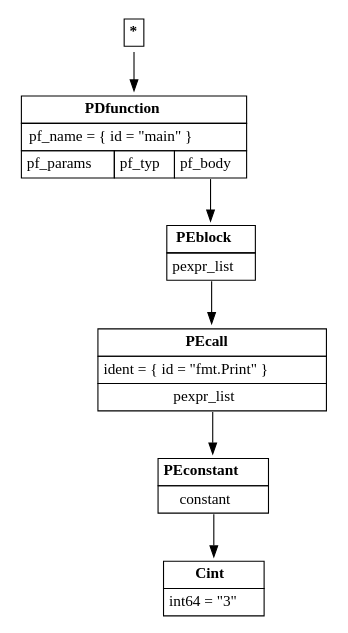
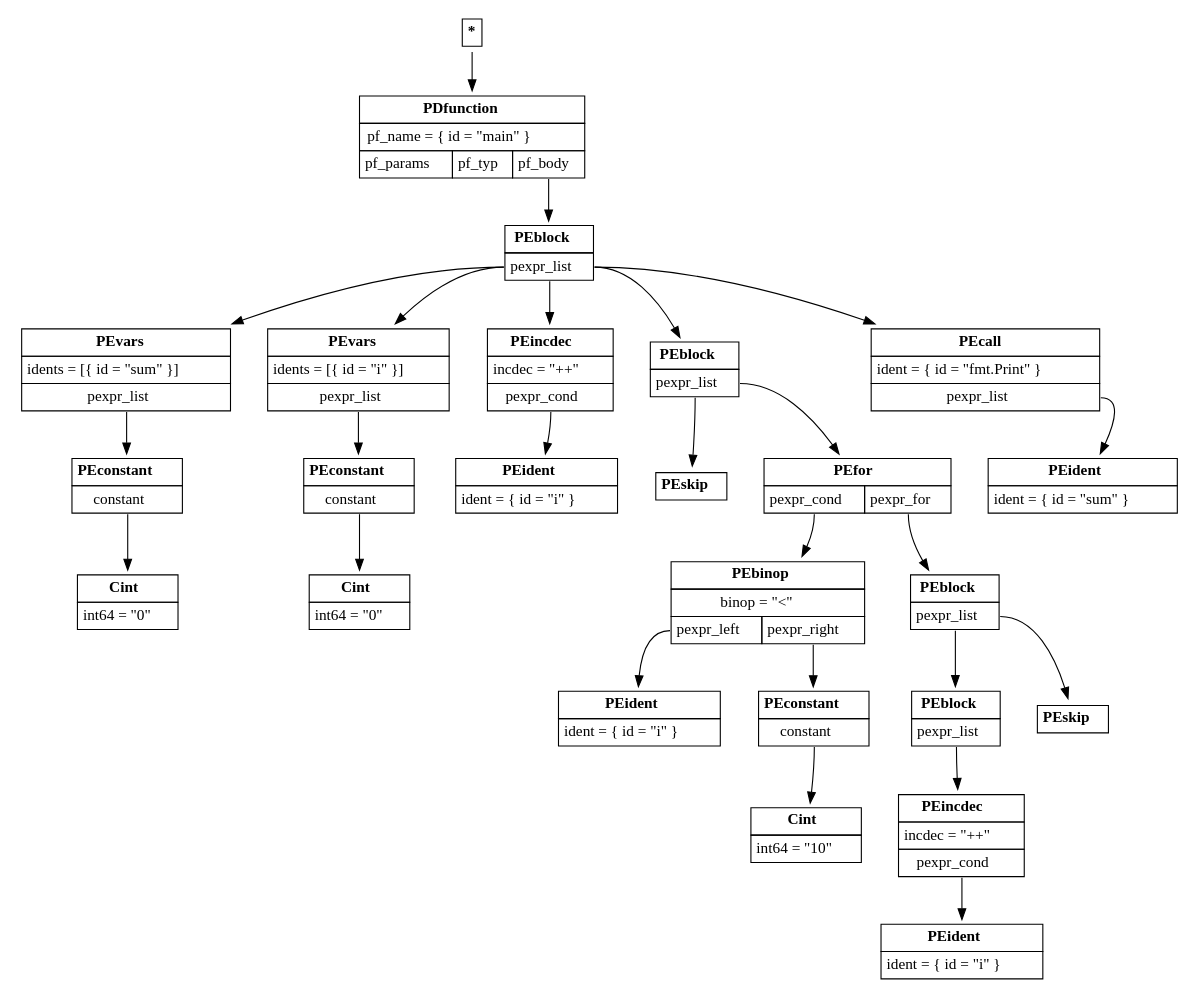
The diagram in source/_build/default/test_ast.dot (AirWann/PROGONE), drawn with Graphviz before and after one commit. The commit also changed 37 other files, not shown here.

```diff
--- a/source/_build/default/test_ast.dot
+++ b/source/_build/default/test_ast.dot
@@ -1,14 +1,52 @@
 digraph ast {
 node [shape=plaintext];
 root [label=<<table border='0' cellborder='1' cellspacing='0' cellpadding='4'><tr ><td colspan = '1'><b >*</b></td></tr></table>>]
 PDfunction_1 [label=<<table border='0' cellborder='1' cellspacing='0' cellpadding='4'><tr ><td colspan = '3'><b >PDfunction</b></td></tr><tr ><td colspan = '3'>pf_name = { id = "main" }</td></tr><tr ><td port='pf_params'>pf_params</td><td port='pf_typ'>pf_typ</td><td port='pf_body'>pf_body</td></tr></table>>]
 root -> PDfunction_1
 PEblock_2 [label=<<table border='0' cellborder='1' cellspacing='0' cellpadding='4'><tr ><td colspan = '1'><b >PEblock</b></td></tr><tr ><td port='pexpr_list'>pexpr_list</td></tr></table>>]
 PDfunction_1:pf_body -> PEblock_2
-PEcall_3 [label=<<table border='0' cellborder='1' cellspacing='0' cellpadding='4'><tr ><td colspan = '1'><b >PEcall</b></td></tr><tr ><td colspan = '1'>ident = { id = "fmt.Print" }</td></tr><tr ><td port='pexpr_list'>pexpr_list</td></tr></table>>]
-PEblock_2:pexpr_list -> PEcall_3
+PEvars_3 [label=<<table border='0' cellborder='1' cellspacing='0' cellpadding='4'><tr ><td colspan = '1'><b >PEvars</b></td></tr><tr ><td colspan = '1'>idents = [{ id = "sum" }]</td></tr><tr ><td port='pexpr_list'>pexpr_list</td></tr></table>>]
+PEblock_2:pexpr_list -> PEvars_3
 PEconstant_4 [label=<<table border='0' cellborder='1' cellspacing='0' cellpadding='4'><tr ><td colspan = '1'><b >PEconstant</b></td></tr><tr ><td port='constant'>constant</td></tr></table>>]
-PEcall_3:pexpr_list -> PEconstant_4
-Cint_5 [label=<<table border='0' cellborder='1' cellspacing='0' cellpadding='4'><tr ><td colspan = '1'><b >Cint</b></td></tr><tr ><td colspan = '1'>int64 = "3"</td></tr></table>>]
+PEvars_3:pexpr_list -> PEconstant_4
+Cint_5 [label=<<table border='0' cellborder='1' cellspacing='0' cellpadding='4'><tr ><td colspan = '1'><b >Cint</b></td></tr><tr ><td colspan = '1'>int64 = "0"</td></tr></table>>]
 PEconstant_4:constant -> Cint_5
+PEvars_6 [label=<<table border='0' cellborder='1' cellspacing='0' cellpadding='4'><tr ><td colspan = '1'><b >PEvars</b></td></tr><tr ><td colspan = '1'>idents = [{ id = "i" }]</td></tr><tr ><td port='pexpr_list'>pexpr_list</td></tr></table>>]
+PEblock_2:pexpr_list -> PEvars_6
+PEconstant_7 [label=<<table border='0' cellborder='1' cellspacing='0' cellpadding='4'><tr ><td colspan = '1'><b >PEconstant</b></td></tr><tr ><td port='constant'>constant</td></tr></table>>]
+PEvars_6:pexpr_list -> PEconstant_7
+Cint_8 [label=<<table border='0' cellborder='1' cellspacing='0' cellpadding='4'><tr ><td colspan = '1'><b >Cint</b></td></tr><tr ><td colspan = '1'>int64 = "0"</td></tr></table>>]
+PEconstant_7:constant -> Cint_8
+PEincdec_9 [label=<<table border='0' cellborder='1' cellspacing='0' cellpadding='4'><tr ><td colspan = '1'><b >PEincdec</b></td></tr><tr ><td colspan = '1'>incdec = "++"</td></tr><tr ><td port='pexpr_cond'>pexpr_cond</td></tr></table>>]
+PEblock_2:pexpr_list -> PEincdec_9
+PEident_10 [label=<<table border='0' cellborder='1' cellspacing='0' cellpadding='4'><tr ><td colspan = '1'><b >PEident</b></td></tr><tr ><td colspan = '1'>ident = { id = "i" }</td></tr></table>>]
+PEincdec_9:pexpr_cond -> PEident_10
+PEblock_11 [label=<<table border='0' cellborder='1' cellspacing='0' cellpadding='4'><tr ><td colspan = '1'><b >PEblock</b></td></tr><tr ><td port='pexpr_list'>pexpr_list</td></tr></table>>]
+PEblock_2:pexpr_list -> PEblock_11
+PEskip_12 [label=<<table border='0' cellborder='1' cellspacing='0' cellpadding='4'><tr ><td colspan = '1'><b >PEskip</b></td></tr></table>>]
+PEblock_11:pexpr_list -> PEskip_12
+PEfor_13 [label=<<table border='0' cellborder='1' cellspacing='0' cellpadding='4'><tr ><td colspan = '2'><b >PEfor</b></td></tr><tr ><td port='pexpr_cond'>pexpr_cond</td><td port='pexpr_for'>pexpr_for</td></tr></table>>]
+PEblock_11:pexpr_list -> PEfor_13
+PEbinop_14 [label=<<table border='0' cellborder='1' cellspacing='0' cellpadding='4'><tr ><td colspan = '2'><b >PEbinop</b></td></tr><tr ><td colspan = '2'>binop = "&lt;"</td></tr><tr ><td port='pexpr_left'>pexpr_left</td><td port='pexpr_right'>pexpr_right</td></tr></table>>]
+PEfor_13:pexpr_cond -> PEbinop_14
+PEident_15 [label=<<table border='0' cellborder='1' cellspacing='0' cellpadding='4'><tr ><td colspan = '1'><b >PEident</b></td></tr><tr ><td colspan = '1'>ident = { id = "i" }</td></tr></table>>]
+PEbinop_14:pexpr_left -> PEident_15
+PEconstant_16 [label=<<table border='0' cellborder='1' cellspacing='0' cellpadding='4'><tr ><td colspan = '1'><b >PEconstant</b></td></tr><tr ><td port='constant'>constant</td></tr></table>>]
+PEbinop_14:pexpr_right -> PEconstant_16
+Cint_17 [label=<<table border='0' cellborder='1' cellspacing='0' cellpadding='4'><tr ><td colspan = '1'><b >Cint</b></td></tr><tr ><td colspan = '1'>int64 = "10"</td></tr></table>>]
+PEconstant_16:constant -> Cint_17
+PEblock_18 [label=<<table border='0' cellborder='1' cellspacing='0' cellpadding='4'><tr ><td colspan = '1'><b >PEblock</b></td></tr><tr ><td port='pexpr_list'>pexpr_list</td></tr></table>>]
+PEfor_13:pexpr_for -> PEblock_18
+PEblock_19 [label=<<table border='0' cellborder='1' cellspacing='0' cellpadding='4'><tr ><td colspan = '1'><b >PEblock</b></td></tr><tr ><td port='pexpr_list'>pexpr_list</td></tr></table>>]
+PEblock_18:pexpr_list -> PEblock_19
+PEincdec_20 [label=<<table border='0' cellborder='1' cellspacing='0' cellpadding='4'><tr ><td colspan = '1'><b >PEincdec</b></td></tr><tr ><td colspan = '1'>incdec = "++"</td></tr><tr ><td port='pexpr_cond'>pexpr_cond</td></tr></table>>]
+PEblock_19:pexpr_list -> PEincdec_20
+PEident_21 [label=<<table border='0' cellborder='1' cellspacing='0' cellpadding='4'><tr ><td colspan = '1'><b >PEident</b></td></tr><tr ><td colspan = '1'>ident = { id = "i" }</td></tr></table>>]
+PEincdec_20:pexpr_cond -> PEident_21
+PEskip_22 [label=<<table border='0' cellborder='1' cellspacing='0' cellpadding='4'><tr ><td colspan = '1'><b >PEskip</b></td></tr></table>>]
+PEblock_18:pexpr_list -> PEskip_22
+PEcall_23 [label=<<table border='0' cellborder='1' cellspacing='0' cellpadding='4'><tr ><td colspan = '1'><b >PEcall</b></td></tr><tr ><td colspan = '1'>ident = { id = "fmt.Print" }</td></tr><tr ><td port='pexpr_list'>pexpr_list</td></tr></table>>]
+PEblock_2:pexpr_list -> PEcall_23
+PEident_24 [label=<<table border='0' cellborder='1' cellspacing='0' cellpadding='4'><tr ><td colspan = '1'><b >PEident</b></td></tr><tr ><td colspan = '1'>ident = { id = "sum" }</td></tr></table>>]
+PEcall_23:pexpr_list -> PEident_24
 }
```
